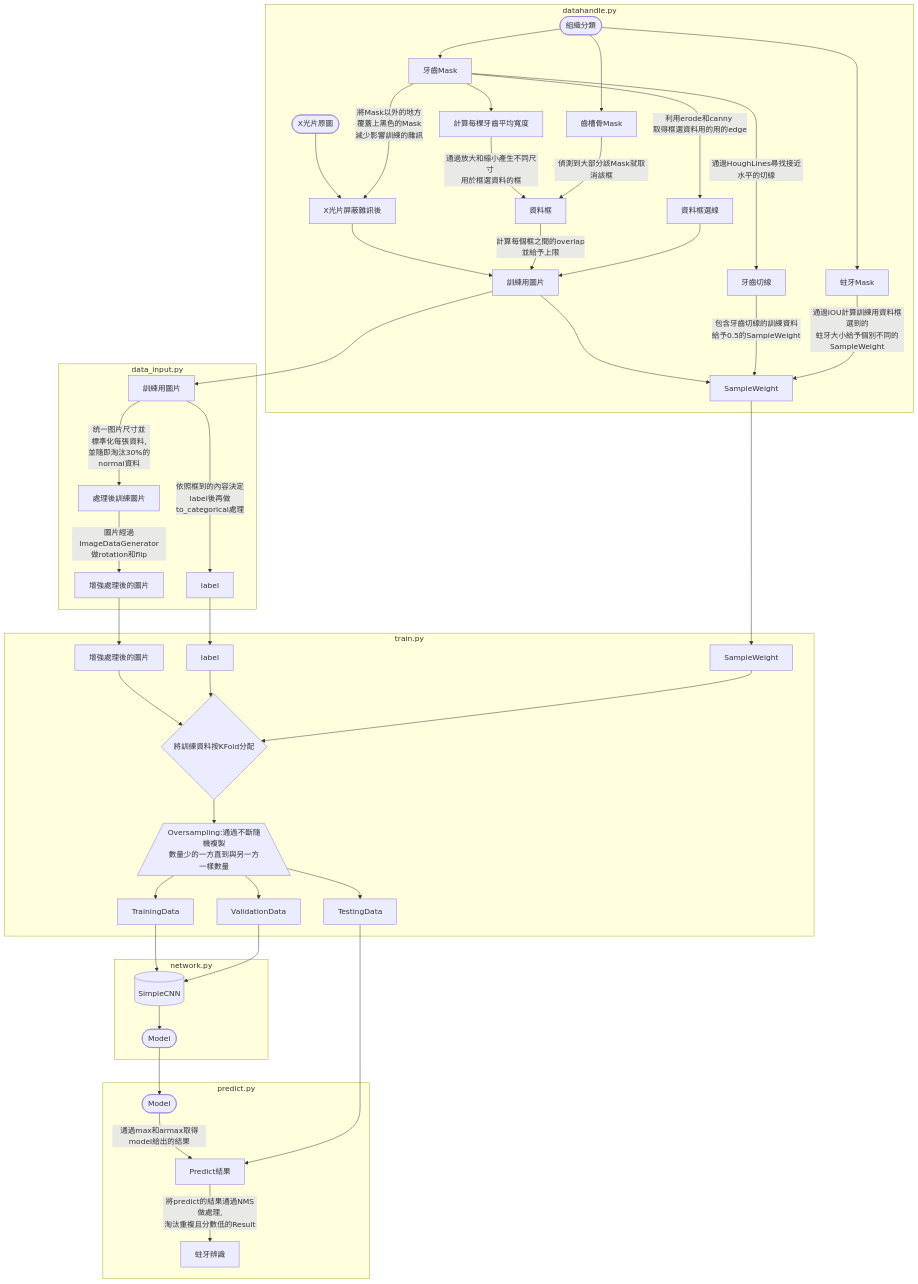
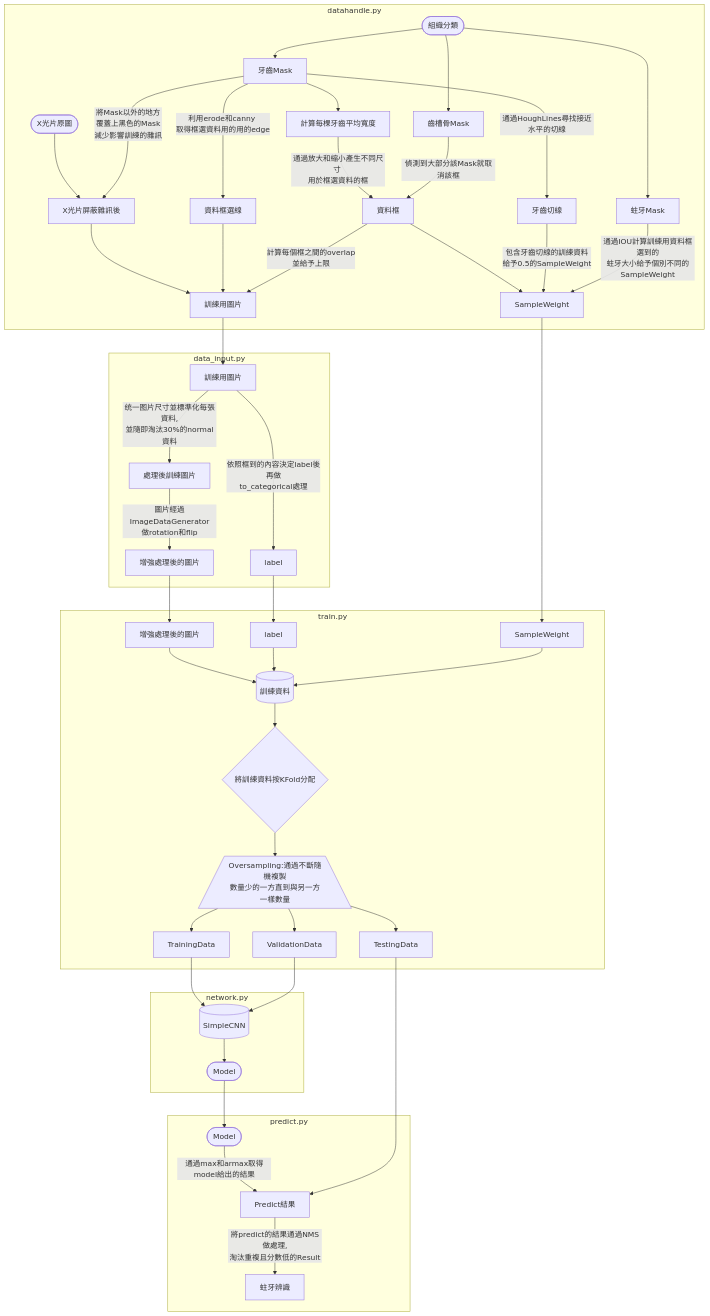
One commit to JasonYeongg/CariesDetection changed the diagram in Edge Frame Detection/README.md. Above: the diagram before and after it, drawn with Mermaid.

````diff
--- a/Edge Frame Detection/README.md
+++ b/Edge Frame Detection/README.md
@@ -63,50 +63,51 @@
 ```mermaid
 flowchart TD
 subgraph datahandle.py
 A([X光片原圖]) --> F[X光片屏蔽雜訊後]
 B([組織分類]) --> C[牙齒Mask]
 B --> D[蛀牙Mask]
 B --> E[齒槽骨Mask]
 C --> G[計算每棵牙齒平均寬度]
 C -->|將Mask以外的地方 \n覆蓋上黑色的Mask \n減少影響訓練的雜訊| F
 C -->|利用erode和canny \n取得框選資料用的用的edge| H[資料框選線]
 G -->|通過放大和縮小產生不同尺寸 \n用於框選資料的框| I[資料框]
 E -->|偵測到大部分該Mask就取消該框| I
 F --> J[訓練用圖片]
+H --> J
 I -->|計算每個框之間的overlap\n並給予上限| J
-H --> J
 C -->|通過HoughLines尋找接近水平的切線| K[牙齒切線]
-J --> L[SampleWeight]
+I --> L[SampleWeight]
 K -->|包含牙齒切線的訓練資料\n給予0.5的SampleWeight| L
 D -->|通過IOU計算訓練用資料框選到的\n蛀牙大小給予個別不同的SampleWeight| L
 end
 subgraph data_input.py
 J --> J1[訓練用圖片]
-J1 -->|统一图片尺寸並\n標準化每張資料,\n並隨即淘汰30%的\nnormal資料| M[處理後訓練圖片]
-J1 -->|依照框到的內容決定\nlabel後再做\nto_categorical處理| N[label]
+J1 -->|统一图片尺寸並標準化每張資料,\n並隨即淘汰30%的normal資料| M[處理後訓練圖片]
+J1 -->|依照框到的內容決定label後再做\nto_categorical處理| N[label]
 M -->|圖片經過ImageDataGenerator\n做rotation和flip| O[增強處理後的圖片]
 end
 subgraph train.py
 O --> O1[增強處理後的圖片]
 N --> N1[label]
 L --> L1[SampleWeight]
-O1 --> P{將訓練資料按KFold分配}
-N1 --> P
-L1 --> P
+O1 --> P0[(訓練資料)]
+N1 --> P0
+L1 --> P0
+P0 --> P{將訓練資料按KFold分配}
 P --> Q[/Oversampling:通過不斷隨機複製\n數量少的一方直到與另一方一樣數量\]
 Q --> Q1[TrainingData]
 Q --> Q2[ValidationData]
 Q --> Q3[TestingData]
 end
 subgraph network.py
 Q1 --> R[(SimpleCNN)]
 Q2 --> R[(SimpleCNN)]
 R --> S([Model])
 end
 subgraph predict.py
 S --> S1([Model])
 S1 --> |通過max和armax取得model給出的結果| SA[Predict結果]
 Q3 --> SA
 SA --> |將predict的結果通過NMS做處理,\n淘汰重複且分數低的Result| SR[蛀牙辨識]
 end
 ```
````
